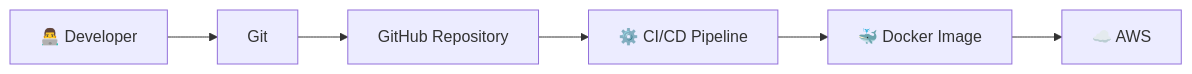
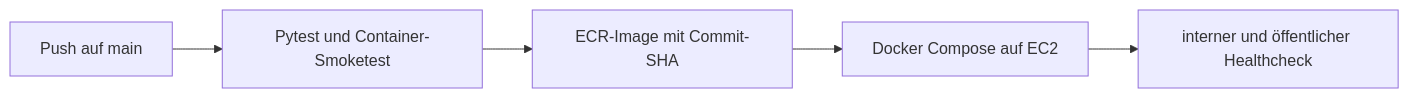
Before and after one commit to itcne25/techstyle: the second of 2 diagrams in docs/architecture.md, drawn with Mermaid. The commit also changed other lines of this file and 42 other files, not shown here.

````diff
--- a/docs/architecture.md
+++ b/docs/architecture.md
@@ -47,15 +21,7 @@
 ```mermaid
 flowchart LR
-    Dev[👨‍💻 Developer]
-    Git[Git]
-    GitHub[GitHub Repository]
-    CI[⚙️ CI/CD Pipeline]
-    Docker[🐳 Docker Image]
-    AWS[☁️ AWS]
-
-    Dev --> Git
-    Git --> GitHub
-    GitHub --> CI
-    CI --> Docker
-    Docker --> AWS
+    Push[Push auf main] --> Tests[Pytest und Container-Smoketest]
+    Tests --> ECR[ECR-Image mit Commit-SHA]
+    ECR --> EC2[Docker Compose auf EC2]
+    EC2 --> Health[interner und öffentlicher Healthcheck]
 ```
````
